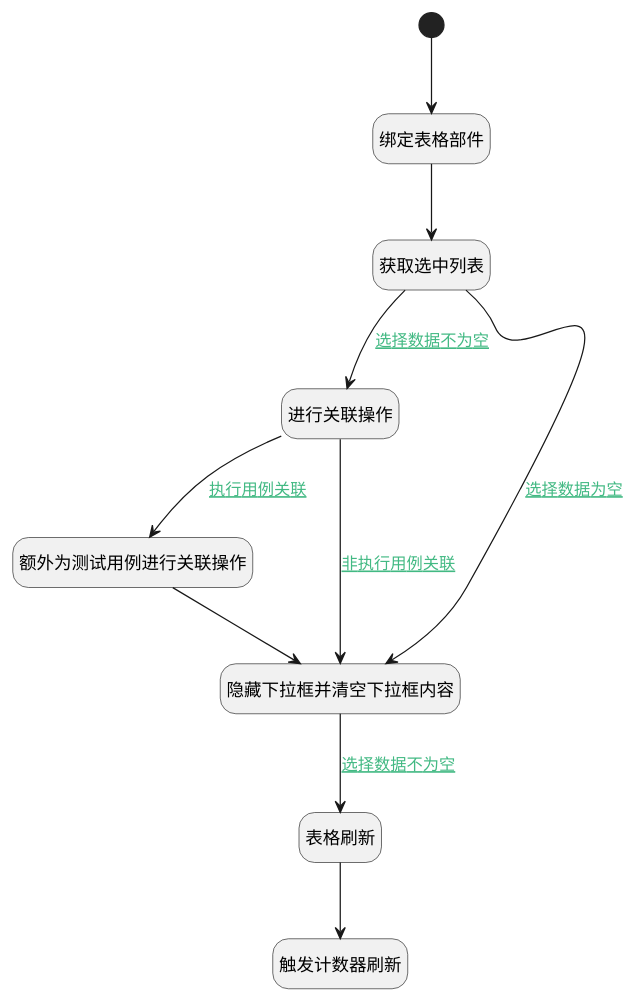
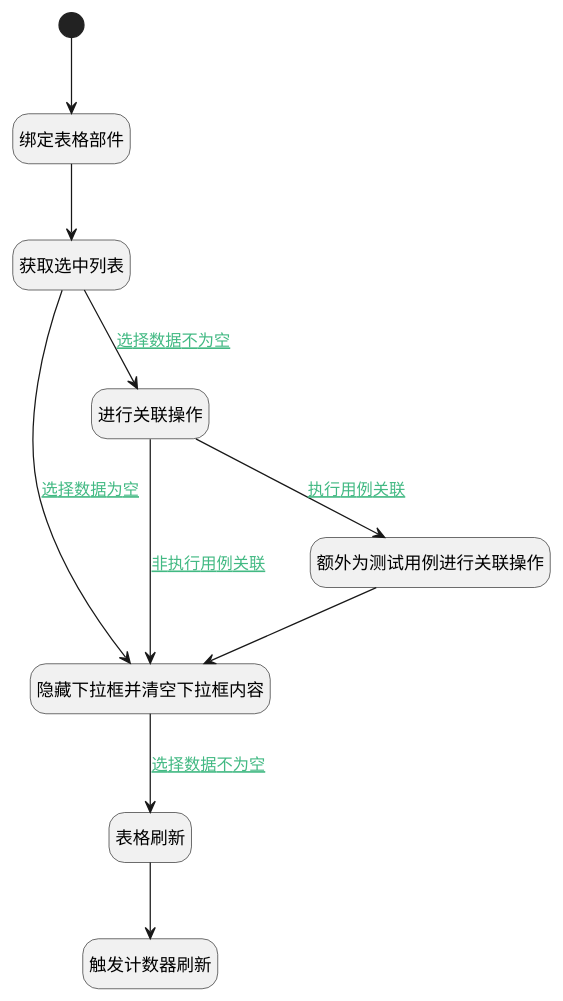
The diagram in doc/docsify/module/ProjMgmt/work_item/uilogic/run_relation_work_item_bug.md (iBizLab/plm), drawn with PlantUML before and after one commit. The commit also changed other lines of this file and 2344 other files, not shown here.

````diff
--- a/doc/docsify/module/ProjMgmt/work_item/uilogic/run_relation_work_item_bug.md
+++ b/doc/docsify/module/ProjMgmt/work_item/uilogic/run_relation_work_item_bug.md
@@ -7,33 +7,33 @@
 ```plantuml
 @startuml
 hide footbox
 <style>
 root {
   HyperlinkColor #42b983
 }
 </style>
 
 hide empty description
 state "开始" as Begin <<start>> [[$./run_relation_work_item_bug#begin {开始}]]
+state "隐藏下拉框并清空下拉框内容" as RAWJSCODE1  [[$./run_relation_work_item_bug#rawjscode1 {隐藏下拉框并清空下拉框内容}]]
+state "表格刷新" as VIEWCTRLINVOKE1  [[$./run_relation_work_item_bug#viewctrlinvoke1 {表格刷新}]]
+state "绑定表格部件" as PREPAREJSPARAM1  [[$./run_relation_work_item_bug#preparejsparam1 {绑定表格部件}]]
+state "额外为测试用例进行关联操作" as DEACTION2  [[$./run_relation_work_item_bug#deaction2 {额外为测试用例进行关联操作}]]
+state "获取选中列表" as RAWJSCODE2  [[$./run_relation_work_item_bug#rawjscode2 {获取选中列表}]]
 state "进行关联操作" as DEACTION1  [[$./run_relation_work_item_bug#deaction1 {进行关联操作}]]
 state "触发计数器刷新" as RAWJSCODE3  [[$./run_relation_work_item_bug#rawjscode3 {触发计数器刷新}]]
-state "获取选中列表" as RAWJSCODE2  [[$./run_relation_work_item_bug#rawjscode2 {获取选中列表}]]
-state "额外为测试用例进行关联操作" as DEACTION2  [[$./run_relation_work_item_bug#deaction2 {额外为测试用例进行关联操作}]]
-state "隐藏下拉框并清空下拉框内容" as RAWJSCODE1  [[$./run_relation_work_item_bug#rawjscode1 {隐藏下拉框并清空下拉框内容}]]
-state "绑定表格部件" as PREPAREJSPARAM1  [[$./run_relation_work_item_bug#preparejsparam1 {绑定表格部件}]]
-state "表格刷新" as VIEWCTRLINVOKE1  [[$./run_relation_work_item_bug#viewctrlinvoke1 {表格刷新}]]
 
 
 Begin --> PREPAREJSPARAM1
 PREPAREJSPARAM1 --> RAWJSCODE2
 RAWJSCODE2 --> DEACTION1 : [[$./run_relation_work_item_bug#rawjscode2-deaction1{选择数据不为空} 选择数据不为空]]
 DEACTION1 --> RAWJSCODE1 : [[$./run_relation_work_item_bug#deaction1-rawjscode1{非执行用例关联} 非执行用例关联]]
 RAWJSCODE1 --> VIEWCTRLINVOKE1 : [[$./run_relation_work_item_bug#rawjscode1-viewctrlinvoke1{选择数据不为空} 选择数据不为空]]
 VIEWCTRLINVOKE1 --> RAWJSCODE3
 DEACTION1 --> DEACTION2 : [[$./run_relation_work_item_bug#deaction1-deaction2{执行用例关联} 执行用例关联]]
 DEACTION2 --> RAWJSCODE1
 RAWJSCODE2 --> RAWJSCODE1 : [[$./run_relation_work_item_bug#rawjscode2-rawjscode1{选择数据为空} 选择数据为空]]
 
 
 @enduml
 ```
````
